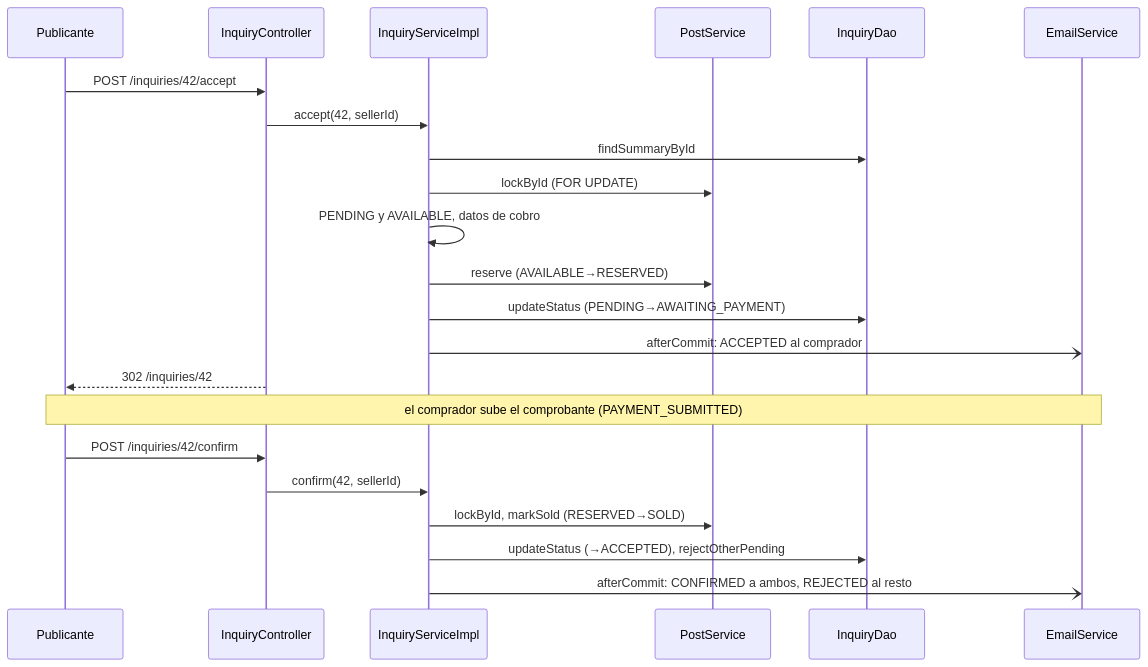
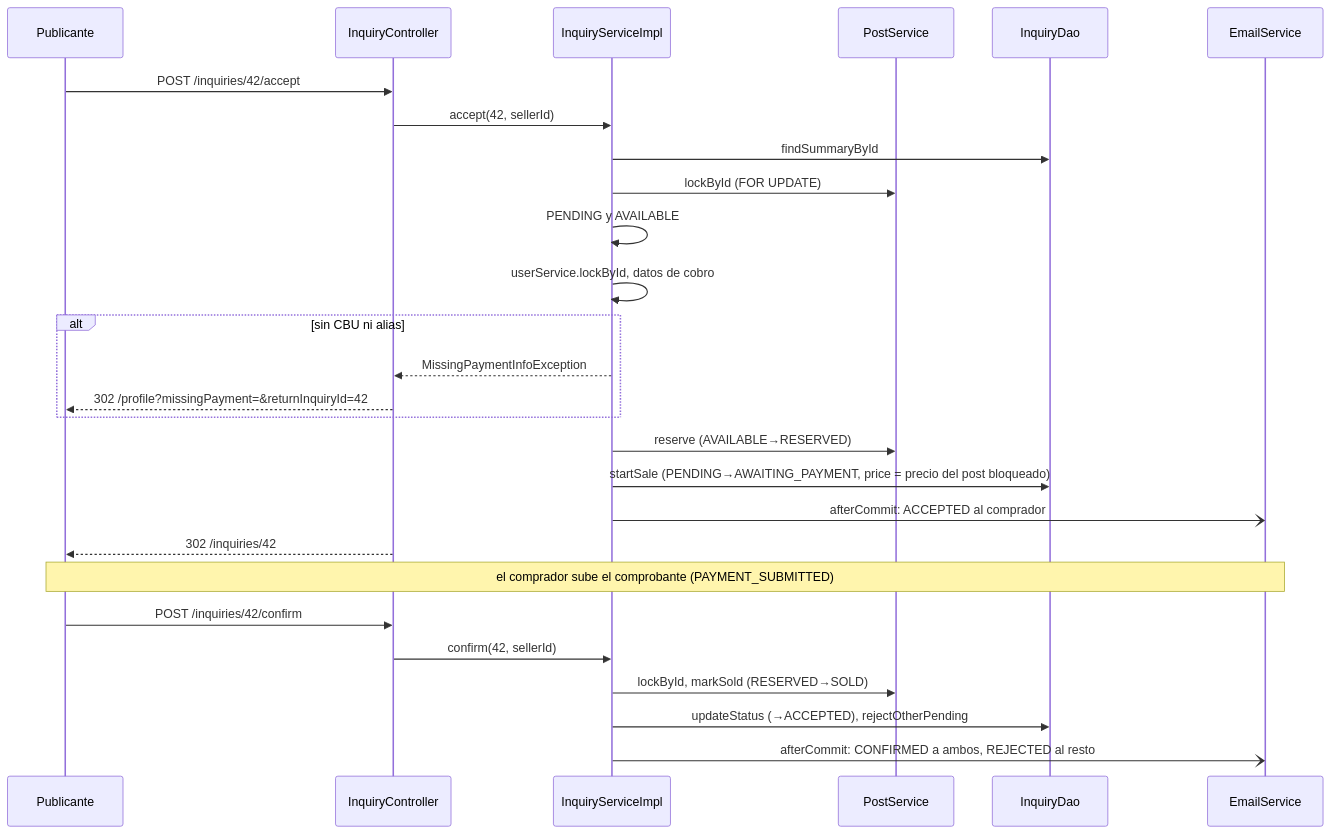
One commit to BautistaPessagno/PAW_Vault changed the second of 2 diagrams in .vaultbuild/drafts/Inquiry and sale flow.md. Above: the diagram before and after it, drawn with Mermaid. The commit also changed other lines of this file and 342 other files, not shown here.

````diff
--- a/.vaultbuild/drafts/Inquiry and sale flow.md
+++ b/.vaultbuild/drafts/Inquiry and sale flow.md
@@ -99,24 +101,29 @@
 ```mermaid
 sequenceDiagram
     participant V as Publicante
     participant C as InquiryController
     participant S as InquiryServiceImpl
     participant P as PostService
     participant D as InquiryDao
     participant M as EmailService
     V->>C: POST /inquiries/42/accept
     C->>S: accept(42, sellerId)
     S->>D: findSummaryById
     S->>P: lockById (FOR UPDATE)
-    S->>S: PENDING y AVAILABLE, datos de cobro
+    S->>S: PENDING y AVAILABLE
+    S->>S: userService.lockById, datos de cobro
+    alt sin CBU ni alias
+        S-->>C: MissingPaymentInfoException
+        C-->>V: 302 /profile?missingPayment=&returnInquiryId=42
+    end
     S->>P: reserve (AVAILABLE→RESERVED)
-    S->>D: updateStatus (PENDING→AWAITING_PAYMENT)
+    S->>D: startSale (PENDING→AWAITING_PAYMENT, price = precio del post bloqueado)
     S-)M: afterCommit: ACCEPTED al comprador
     C-->>V: 302 /inquiries/42
     Note over V,M: el comprador sube el comprobante (PAYMENT_SUBMITTED)
     V->>C: POST /inquiries/42/confirm
     C->>S: confirm(42, sellerId)
     S->>P: lockById, markSold (RESERVED→SOLD)
     S->>D: updateStatus (→ACCEPTED), rejectOtherPending
     S-)M: afterCommit: CONFIRMED a ambos, REJECTED al resto
 ```
````
